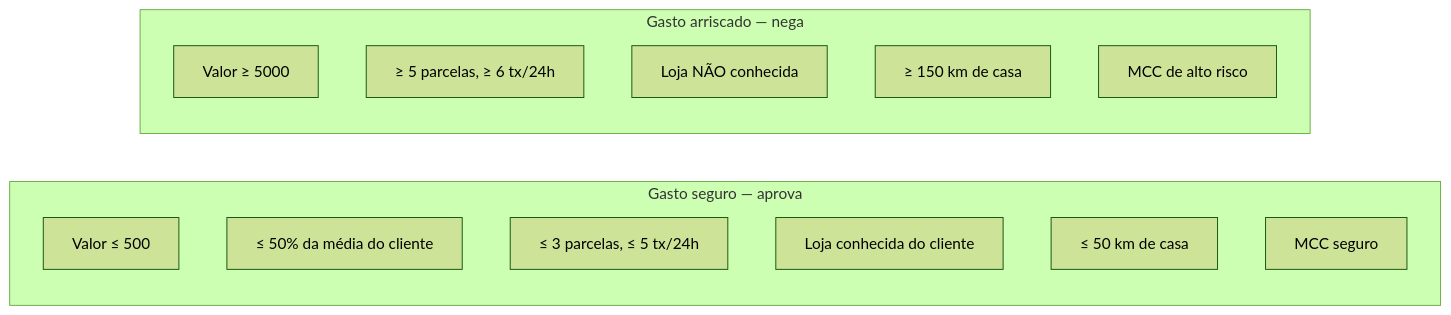
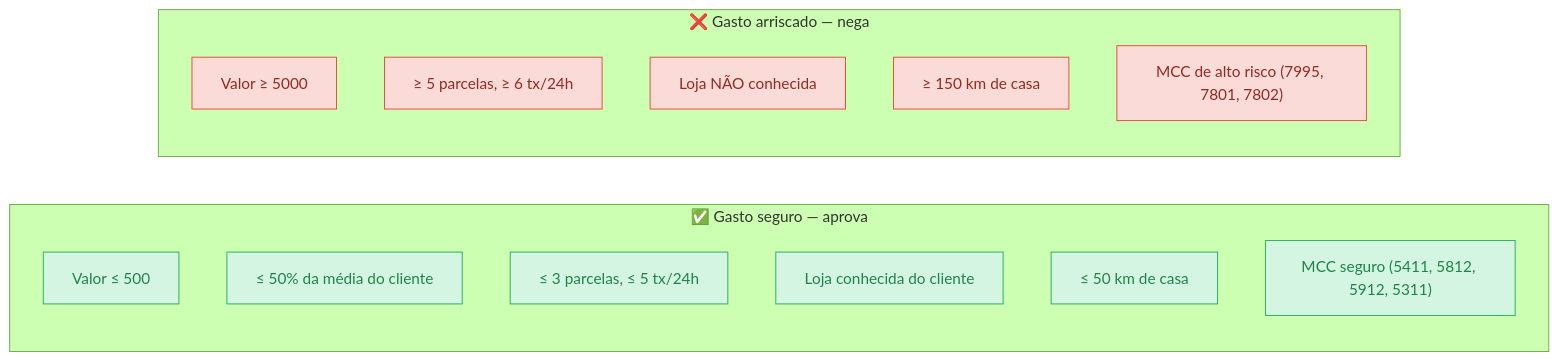
One commit to sl4ureano/rinha2026 changed the third of 9 diagrams in README.md. Above: the diagram before and after it, drawn with Mermaid (forest theme). The commit also changed other lines of this file and 10 other files, not shown here.

````diff
--- a/README.md
+++ b/README.md
@@ -65,20 +104,32 @@
 ```mermaid
 flowchart LR
-    subgraph legit [Gasto seguro — aprova]
+    subgraph legit ["✅ Gasto seguro — aprova"]
         direction TB
-        L1[Valor ≤ 500]
-        L2[≤ 50% da média do cliente]
-        L3[≤ 3 parcelas, ≤ 5 tx/24h]
-        L4[Loja conhecida do cliente]
-        L5[≤ 50 km de casa]
-        L6[MCC seguro]
+        L1["Valor ≤ 500"]
+        L2["≤ 50% da média do cliente"]
+        L3["≤ 3 parcelas, ≤ 5 tx/24h"]
+        L4["Loja conhecida do cliente"]
+        L5["≤ 50 km de casa"]
+        L6["MCC seguro (5411, 5812, 5912, 5311)"]
     end
-    subgraph fraud [Gasto arriscado — nega]
+    subgraph fraud ["❌ Gasto arriscado — nega"]
         direction TB
-        F1[Valor ≥ 5000]
-        F2[≥ 5 parcelas, ≥ 6 tx/24h]
-        F3[Loja NÃO conhecida]
-        F4[≥ 150 km de casa]
-        F5[MCC de alto risco]
+        F1["Valor ≥ 5000"]
+        F2["≥ 5 parcelas, ≥ 6 tx/24h"]
+        F3["Loja NÃO conhecida"]
+        F4["≥ 150 km de casa"]
+        F5["MCC de alto risco (7995, 7801, 7802)"]
     end
+
+    style L1 fill:#d5f5e3,color:#1e8449,stroke:#27ae60
+    style L2 fill:#d5f5e3,color:#1e8449,stroke:#27ae60
+    style L3 fill:#d5f5e3,color:#1e8449,stroke:#27ae60
+    style L4 fill:#d5f5e3,color:#1e8449,stroke:#27ae60
+    style L5 fill:#d5f5e3,color:#1e8449,stroke:#27ae60
+    style L6 fill:#d5f5e3,color:#1e8449,stroke:#27ae60
+    style F1 fill:#fadbd8,color:#922b21,stroke:#e74c3c
+    style F2 fill:#fadbd8,color:#922b21,stroke:#e74c3c
+    style F3 fill:#fadbd8,color:#922b21,stroke:#e74c3c
+    style F4 fill:#fadbd8,color:#922b21,stroke:#e74c3c
+    style F5 fill:#fadbd8,color:#922b21,stroke:#e74c3c
 ```
````
